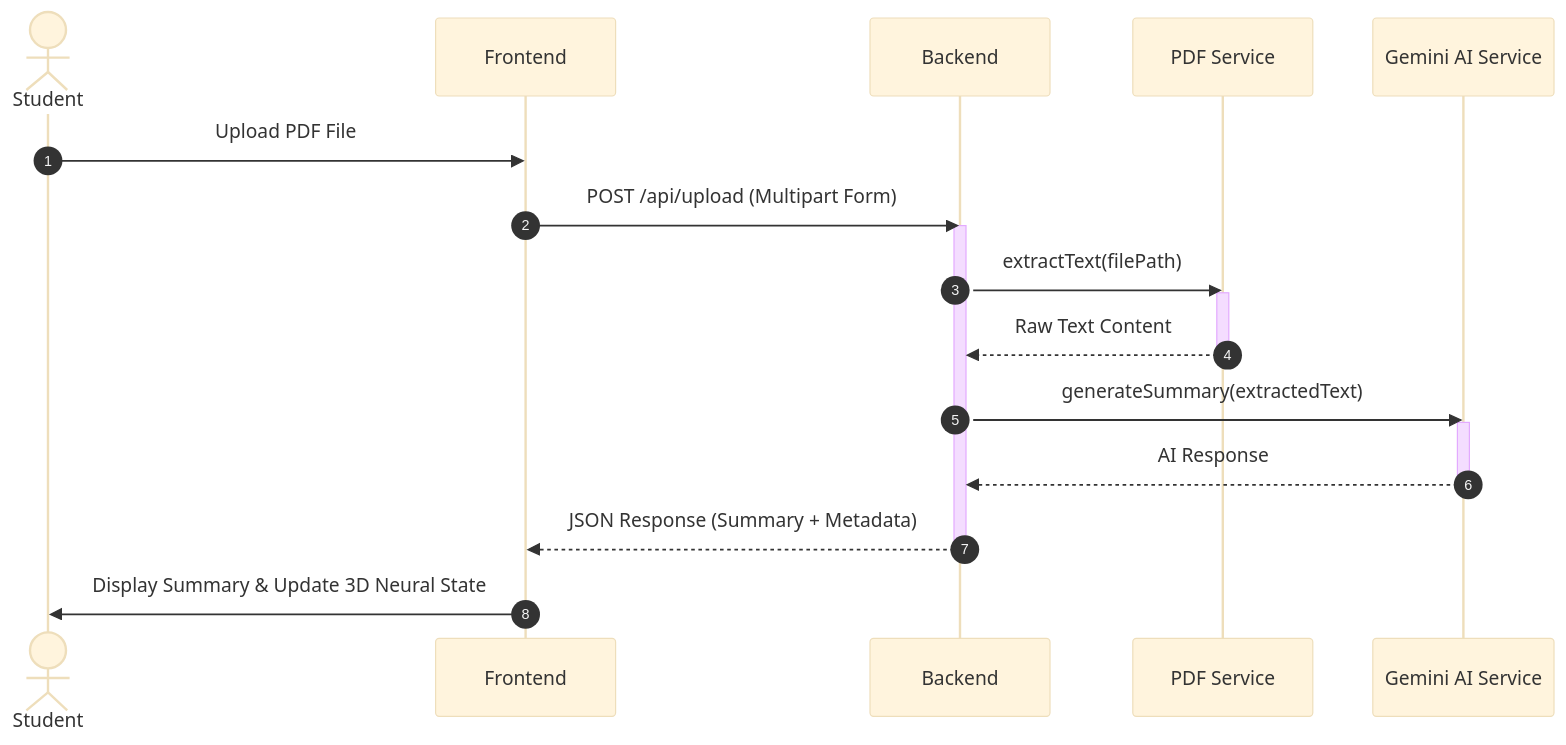
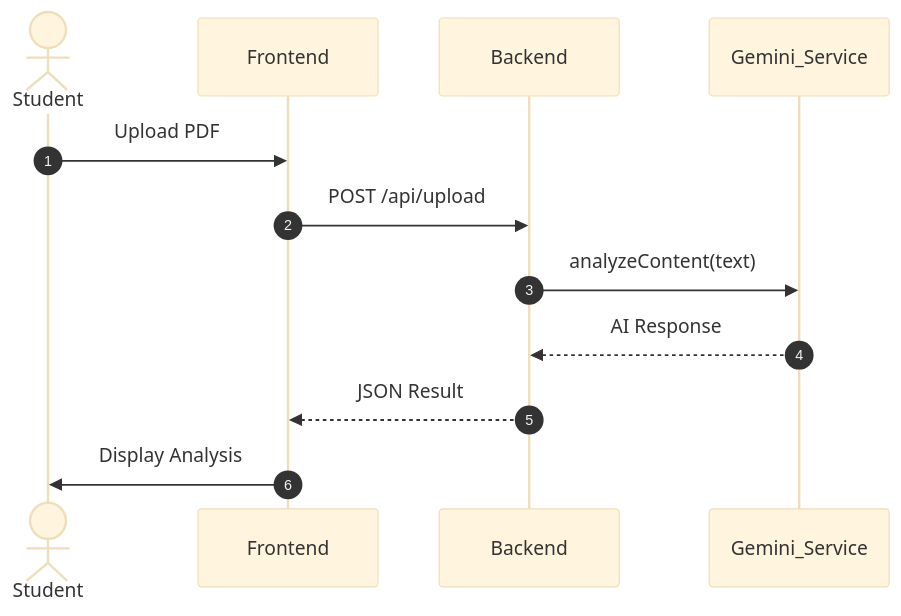
Before and after one commit to Vegapunk-debug/the-professor: the diagram in sequenceDiagram.md, drawn with Mermaid (base theme).

Commit message:
Refactor sequence diagram for PDF upload process

````diff
--- a/sequenceDiagram.md
+++ b/sequenceDiagram.md
@@ -1,24 +1,15 @@
 ```mermaid
 sequenceDiagram
     autonumber
     actor User as Student
-    participant FE as Frontend 
-    participant BE as Backend 
-    participant PDF as PDF Service
-    participant AI as Gemini AI Service
+    participant FE as Frontend
+    participant BE as Backend
+    participant AI as Gemini_Service
 
-    User->>FE: Upload PDF File
-    FE->>BE: POST /api/upload (Multipart Form)
-    activate BE
-    BE->>PDF: extractText(filePath)
-    activate PDF
-    PDF-->>BE: Raw Text Content
-    deactivate PDF
-    BE->>AI: generateSummary(extractedText)
-    activate AI
-    AI-->>BE: AI Response 
-    deactivate AI
-    BE-->>FE: JSON Response (Summary + Metadata)
-    deactivate BE
-    FE->>User: Display Summary & Update 3D Neural State
+    User->>FE: Upload PDF
+    FE->>BE: POST /api/upload
+    BE->>AI: analyzeContent(text)
+    AI-->>BE: AI Response
+    BE-->>FE: JSON Result
+    FE->>User: Display Analysis
 ```
````
